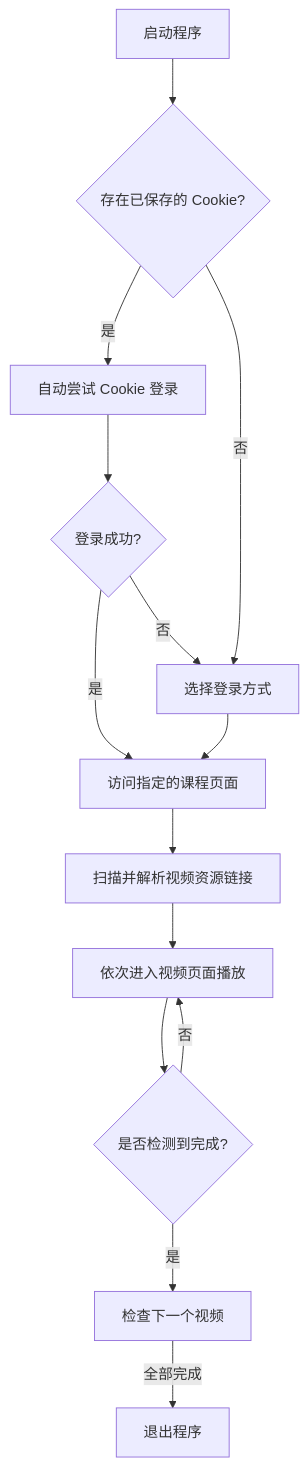
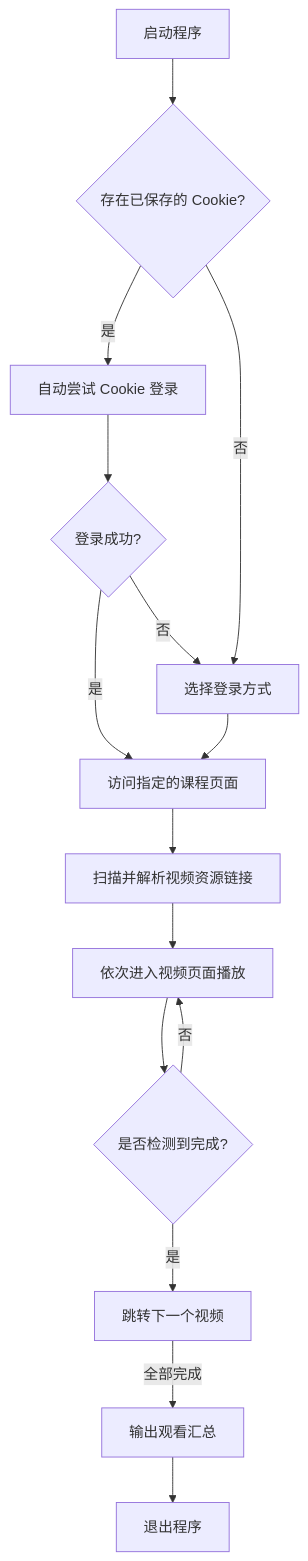
One commit to YewFence/fly_vedio_assignment_away changed the diagram in README.md. Above: the diagram before and after it, drawn with Mermaid. The commit also changed other lines of this file, not shown here.

````diff
--- a/README.md
+++ b/README.md
@@ -125,16 +125,17 @@
 ```mermaid
 graph TD
     A[启动程序] --> B{存在已保存的 Cookie?}
     B -- 是 --> C[自动尝试 Cookie 登录]
     C --> D{登录成功?}
     D -- 是 --> F[访问指定的课程页面]
     D -- 否 --> E[选择登录方式]
     B -- 否 --> E
     E --> F
     F --> G[扫描并解析视频资源链接]
     G --> H[依次进入视频页面播放]
     H --> I{是否检测到完成?}
     I -- 否 --> H
-    I -- 是 --> J[检查下一个视频]
-    J -- 全部完成 --> K[退出程序]
+    I -- 是 --> J[跳转下一个视频]
+    J -- 全部完成 --> K[输出观看汇总]
+    K --> L[退出程序]
 ```
````
